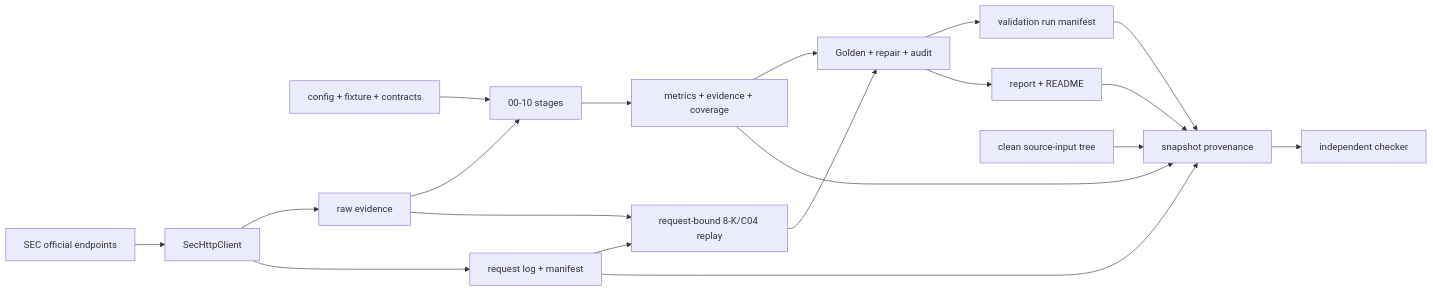
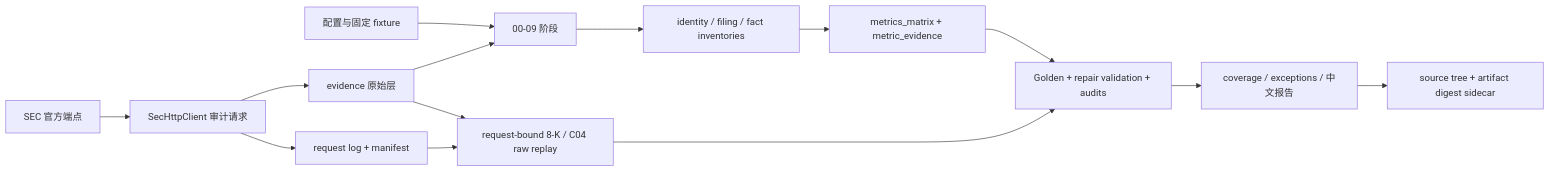
One commit to wlvh/SEC_metrics changed the first of 2 diagrams in architecture.md. Above: the diagram before and after it, drawn with Mermaid. The commit also changed other lines of this file and 16 other files, not shown here.

````diff
--- a/architecture.md
+++ b/architecture.md
@@ -106,21 +107,16 @@
 ```mermaid
 flowchart LR
-    Config["config + fixture + contracts"] --> Stages["00-10 stages"]
-    SEC["SEC official endpoints"] --> HTTP["SecHttpClient"]
-    HTTP --> Raw["raw evidence"]
+    Config["配置与固定 fixture"] --> Stages["00-09 阶段"]
+    SEC["SEC 官方端点"] --> HTTP["SecHttpClient 审计请求"]
+    HTTP --> Raw["evidence 原始层"]
     HTTP --> Ledger["request log + manifest"]
     Raw --> Stages
-    Stages --> Matrix["metrics + evidence + coverage"]
-    Ledger --> Replay["request-bound 8-K/C04 replay"]
+    Stages --> Inventory["identity / filing / fact inventories"]
+    Inventory --> Matrix["metrics_matrix + metric_evidence"]
+    Ledger --> Replay["request-bound 8-K / C04 raw replay"]
     Raw --> Replay
-    Replay --> Gates["Golden + repair + audit"]
-    Matrix --> Gates
-    Gates --> RunManifest["validation run manifest"]
-    Gates --> Report["report + README"]
-    Source["clean source-input tree"] --> Provenance["snapshot provenance"]
-    RunManifest --> Provenance
-    Report --> Provenance
-    Matrix --> Provenance
-    Ledger --> Provenance
-    Provenance --> Checker["independent checker"]
+    Replay --> Gates
+    Matrix --> Gates["Golden + repair validation + audits"]
+    Gates --> Report["coverage / exceptions / 中文报告"]
+    Report --> Provenance["source tree + artifact digest sidecar"]
 ```
````
